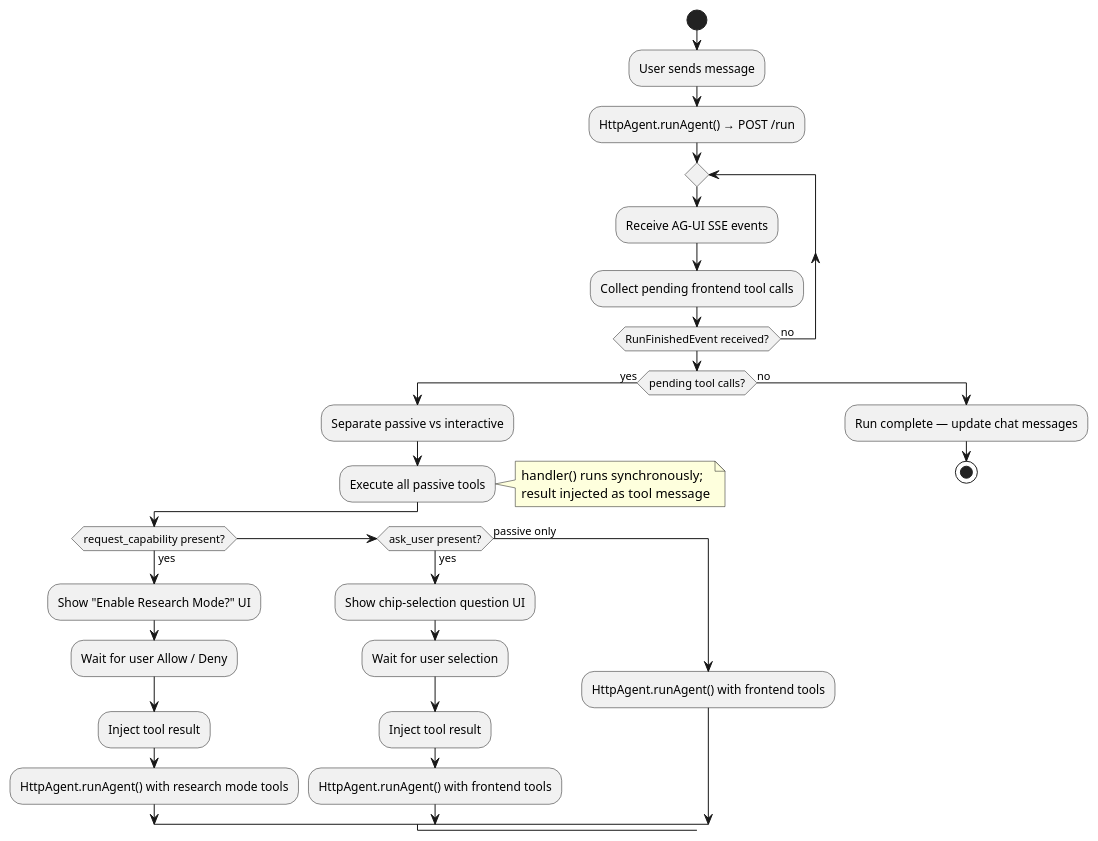
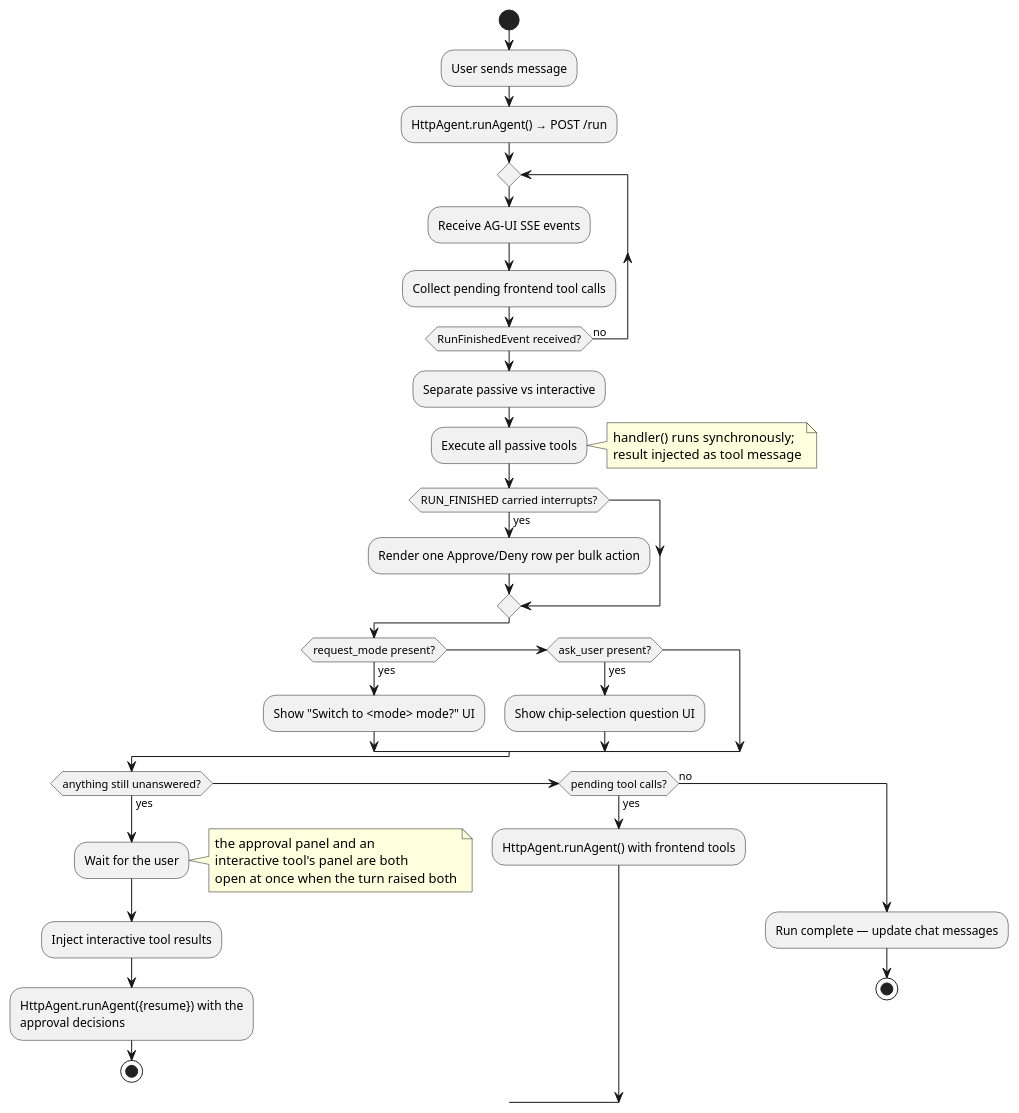
One commit to Swiss-Armed-Forces/Loom changed the third of 4 diagrams in Documentation/ai.md. Above: the diagram before and after it, drawn with PlantUML. The commit also changed other lines of this file and 39 other files, not shown here.

First line of the commit message:
feat(ai): move file writes into backend tools and add bulk actions

````diff
--- a/Documentation/ai.md
+++ b/Documentation/ai.md
@@ -455,37 +553,41 @@
 ```plantuml
 @startuml
 start
 
 :User sends message;
 :HttpAgent.runAgent() → POST /run;
 
 repeat
   :Receive AG-UI SSE events;
   :Collect pending frontend tool calls;
 repeat while (RunFinishedEvent received?) is (no)
 
-if (pending tool calls?) then (yes)
-  :Separate passive vs interactive;
+:Separate passive vs interactive;
 
-  :Execute all passive tools;
-  note right: handler() runs synchronously;\nresult injected as tool message
+:Execute all passive tools;
+note right: handler() runs synchronously;\nresult injected as tool message
 
-  if (request_capability present?) then (yes)
-    :Show "Enable Research Mode?" UI;
-    :Wait for user Allow / Deny;
-    :Inject tool result;
-    :HttpAgent.runAgent() with research mode tools;
-  elseif (ask_user present?) then (yes)
-    :Show chip-selection question UI;
-    :Wait for user selection;
-    :Inject tool result;
-    :HttpAgent.runAgent() with frontend tools;
-  else (passive only)
-    :HttpAgent.runAgent() with frontend tools;
-  endif
+if (RUN_FINISHED carried interrupts?) then (yes)
+  :Render one Approve/Deny row per bulk action;
+endif
+
+if (request_mode present?) then (yes)
+  :Show "Switch to <mode> mode?" UI;
+elseif (ask_user present?) then (yes)
+  :Show chip-selection question UI;
+endif
+
+if (anything still unanswered?) then (yes)
+  :Wait for the user;
+  note right: the approval panel and an\ninteractive tool's panel are both\nopen at once when the turn raised both
+  :Inject interactive tool results;
+  :HttpAgent.runAgent({resume}) with the\napproval decisions;
+  stop
+elseif (pending tool calls?) then (yes)
+  :HttpAgent.runAgent() with frontend tools;
 else (no)
   :Run complete — update chat messages;
   stop
 endif
 @enduml
 ```
````
